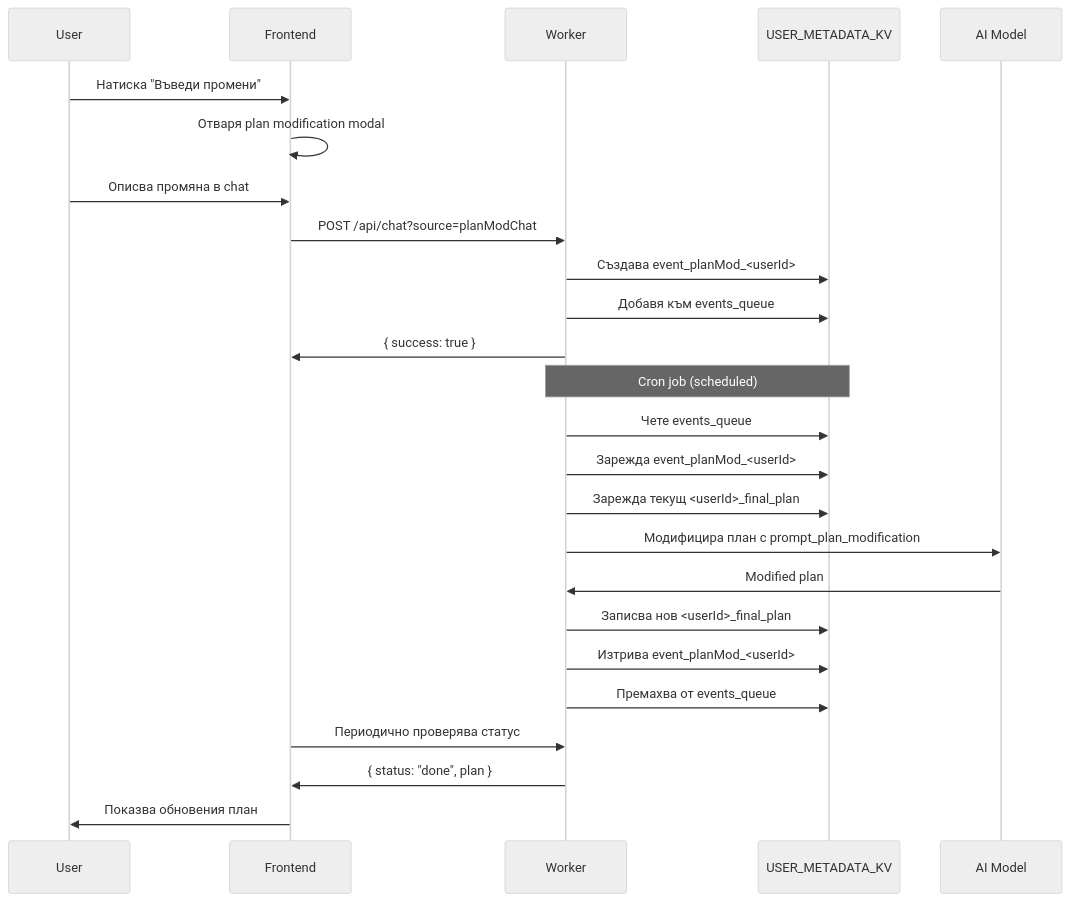
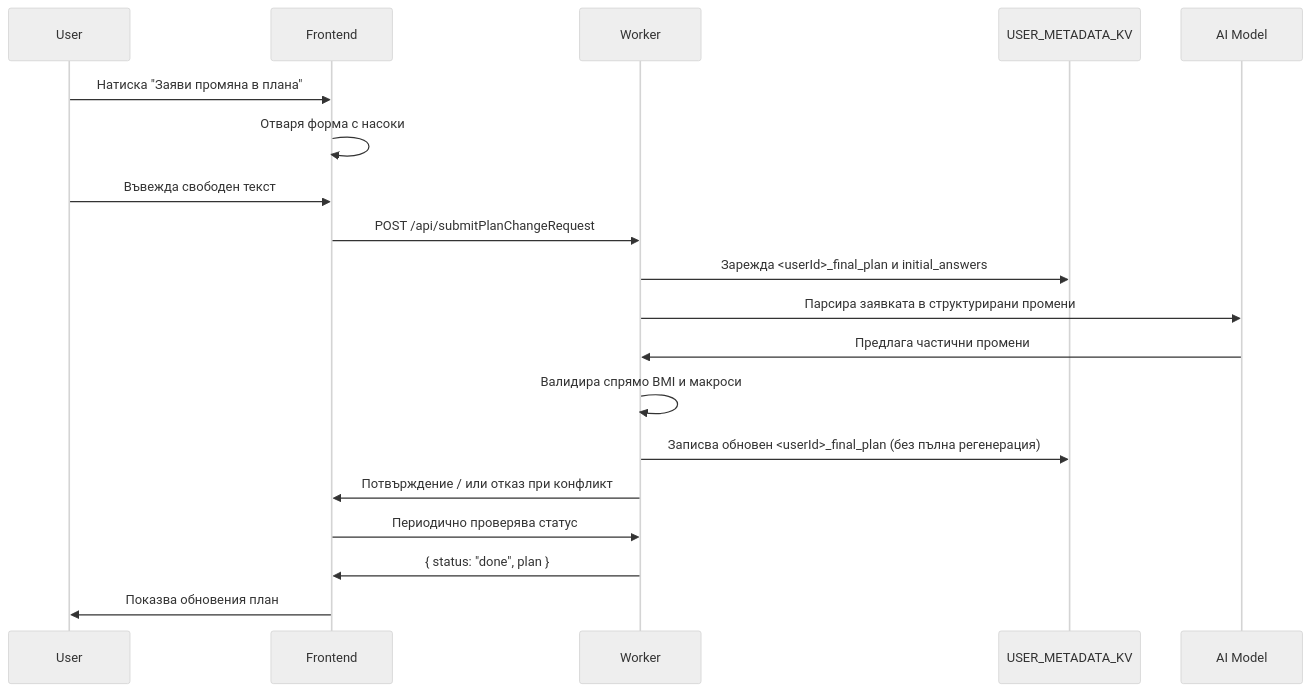
One commit to Radilovk/bodybest changed the fifth of 5 diagrams in ARCHITECTURE.md. Above: the diagram before and after it, drawn with Mermaid (neutral theme). The commit also changed other lines of this file and 11 other files, not shown here.

Commit message:
feat: switch plan change to guided form flow

````diff
--- a/ARCHITECTURE.md
+++ b/ARCHITECTURE.md
@@ -844,31 +844,23 @@
 ```mermaid
 sequenceDiagram
     participant U as User
     participant F as Frontend
     participant W as Worker
     participant KV as USER_METADATA_KV
     participant AI as AI Model
     
-    U->>F: Натиска "Въведи промени"
-    F->>F: Отваря plan modification modal
-    U->>F: Описва промяна в chat
-    F->>W: POST /api/chat?source=planModChat
-    W->>KV: Създава event_planMod_<userId>
-    W->>KV: Добавя към events_queue
-    W->>F: { success: true }
-    
-    Note over W,KV: Cron job (scheduled)
-    
-    W->>KV: Чете events_queue
-    W->>KV: Зарежда event_planMod_<userId>
-    W->>KV: Зарежда текущ <userId>_final_plan
-    W->>AI: Модифицира план с prompt_plan_modification
-    AI->>W: Modified plan
-    W->>KV: Записва нов <userId>_final_plan
-    W->>KV: Изтрива event_planMod_<userId>
-    W->>KV: Премахва от events_queue
+    U->>F: Натиска "Заяви промяна в плана"
+    F->>F: Отваря форма с насоки
+    U->>F: Въвежда свободен текст
+    F->>W: POST /api/submitPlanChangeRequest
+    W->>KV: Зарежда <userId>_final_plan и initial_answers
+    W->>AI: Парсира заявката в структурирани промени
+    AI->>W: Предлага частични промени
+    W->>W: Валидира спрямо BMI и макроси
+    W->>KV: Записва обновен <userId>_final_plan (без пълна регенерация)
+    W->>F: Потвърждение / или отказ при конфликт
     
     F->>W: Периодично проверява статус
     W->>F: { status: "done", plan }
     F->>U: Показва обновения план
 ```
````
